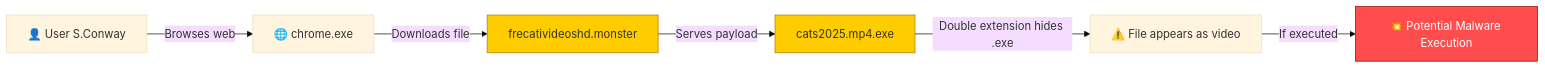
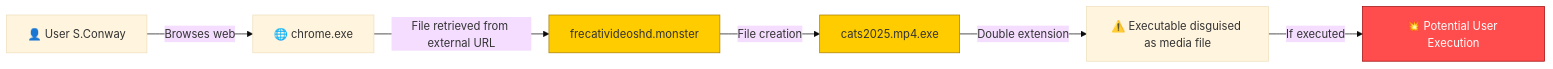
Before and after one commit to janais9/SOC-Analyst-Portfolio: the diagram in 01-Double-Extension-File-Creation/README.md, drawn with Mermaid (base theme). The commit also changed other lines of this file, not shown here.

````diff
--- a/01-Double-Extension-File-Creation/README.md
+++ b/01-Double-Extension-File-Creation/README.md
@@ -35,11 +37,11 @@
 ```mermaid
 flowchart LR
     A[👤 User S.Conway] -->|Browses web| B[🌐 chrome.exe]
-    B -->|Downloads file| C[frecativideoshd.monster]
-    C -->|Serves payload| D[cats2025.mp4.exe]
-    D -->|Double extension hides .exe| E[⚠️ File appears as video]
-    E -->|If executed| F[💥 Potential Malware Execution]
+    B -->|File retrieved from external URL| C[frecativideoshd.monster]
+    C -->|File creation| D[cats2025.mp4.exe]
+    D -->|Double extension| E[⚠️ Executable disguised as media file]
+    E -->|If executed| F[💥 Potential User Execution]
     style F fill:#ff4d4d,stroke:#900,color:#fff
     style D fill:#ffcc00,stroke:#a67c00
     style C fill:#ffcc00,stroke:#a67c00
 ```
````
